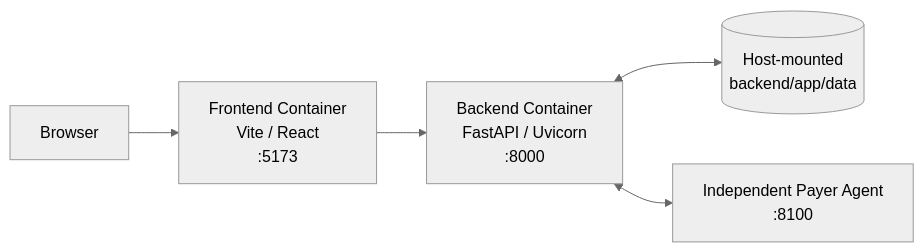
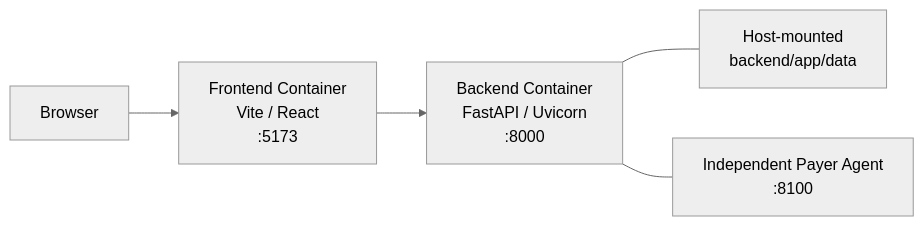
The sixth of 6 diagrams in README.md (gkarthik10/Revive), drawn with Mermaid (neutral theme) before and after one commit. The commit also changed other lines of this file, not shown here.

````diff
--- a/README.md
+++ b/README.md
@@ -1026,13 +1026,13 @@
 ```mermaid
 flowchart LR
     B["Browser"]
     F["Frontend Container<br/>Vite / React<br/>:5173"]
     API["Backend Container<br/>FastAPI / Uvicorn<br/>:8000"]
-    DATA[("Host-mounted<br/>backend/app/data")]
+    DATA["Host-mounted<br/>backend/app/data"]
     A2A["Independent Payer Agent<br/>:8100"]
 
     B --> F
     F --> API
-    API <--> DATA
-    API <--> A2A
+    API --- DATA
+    API --- A2A
 ```
````
